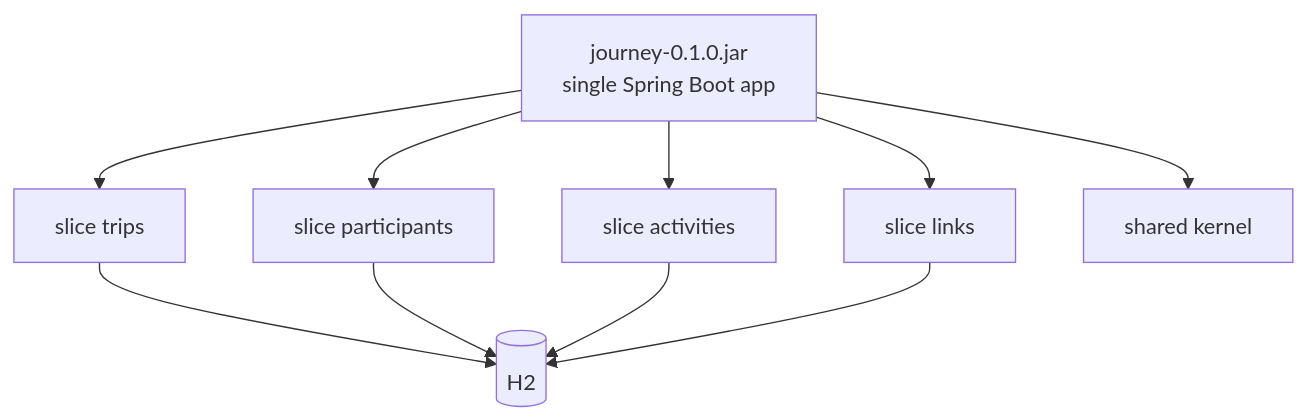
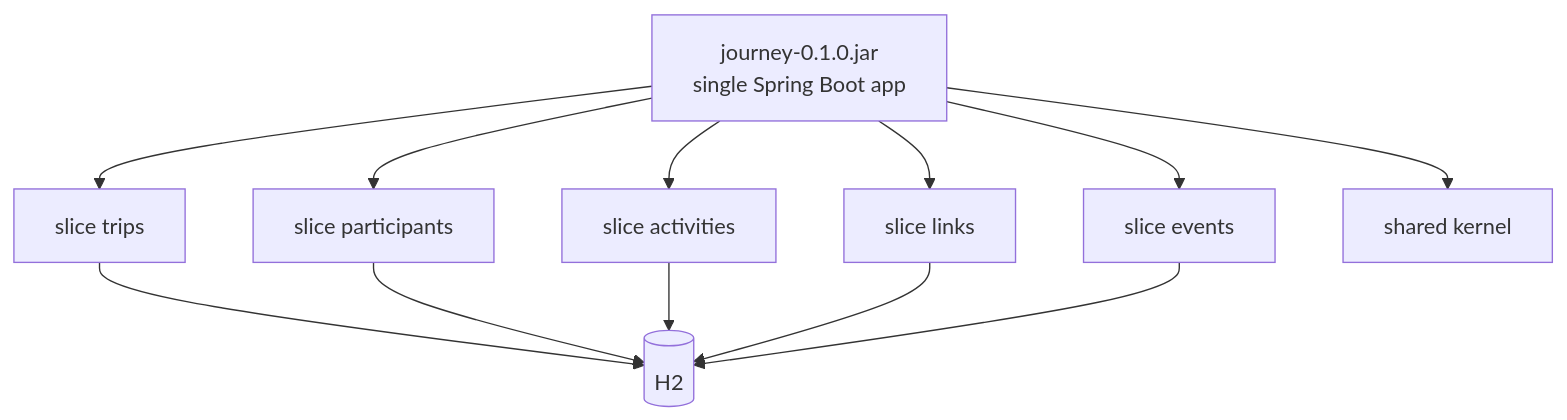
One commit to Andersonlimahw/java-journey-muse-lab changed the second of 3 diagrams in docs/architecture.md. Above: the diagram before and after it, drawn with Mermaid. The commit also changed other lines of this file and 14 other files, not shown here.

First line of the commit message:
feat: TripEvents slice with full CRUD (/trips/{id}/events)

````diff
--- a/docs/architecture.md
+++ b/docs/architecture.md
@@ -17,10 +18,11 @@
 ```mermaid
 flowchart TB
     API["journey-0.1.0.jar<br/>single Spring Boot app"]
     API --> T["slice trips"]
     API --> P["slice participants"]
     API --> A["slice activities"]
     API --> L["slice links"]
+    API --> E["slice events"]
     API --> K["shared kernel"]
-    T & P & A & L --> DB[("H2")]
+    T & P & A & L & E --> DB[("H2")]
 ```
````
